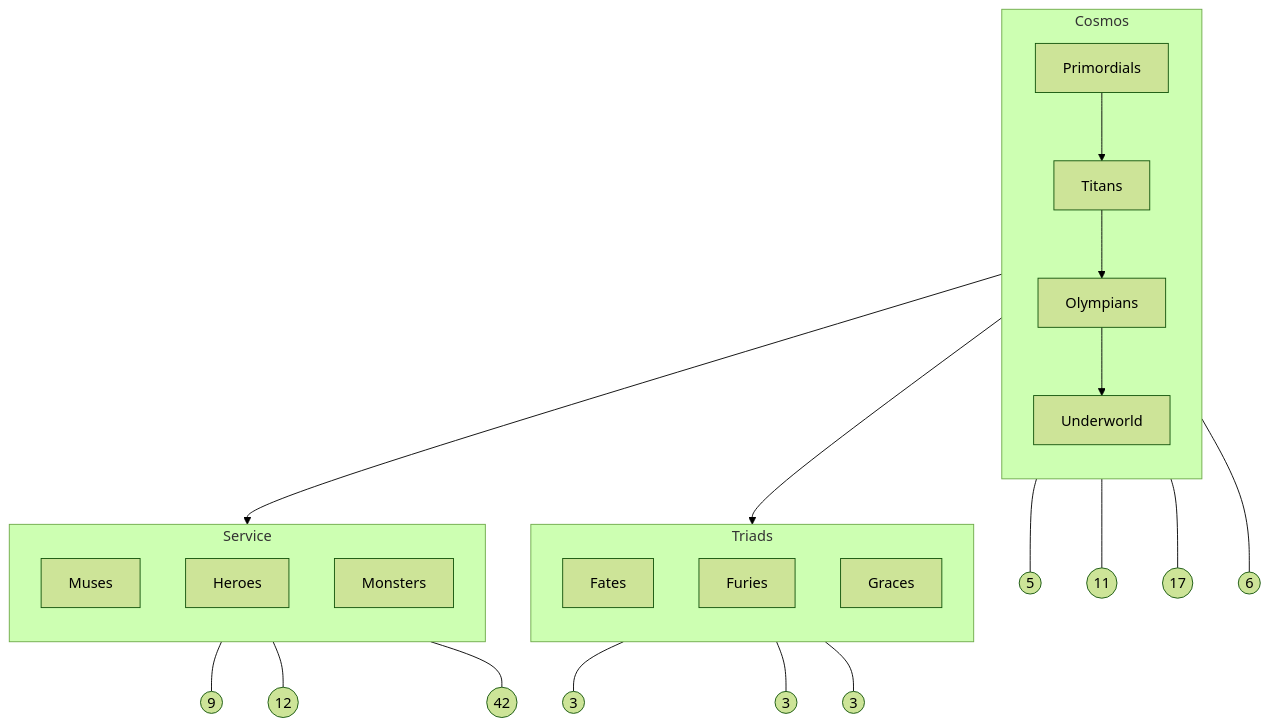
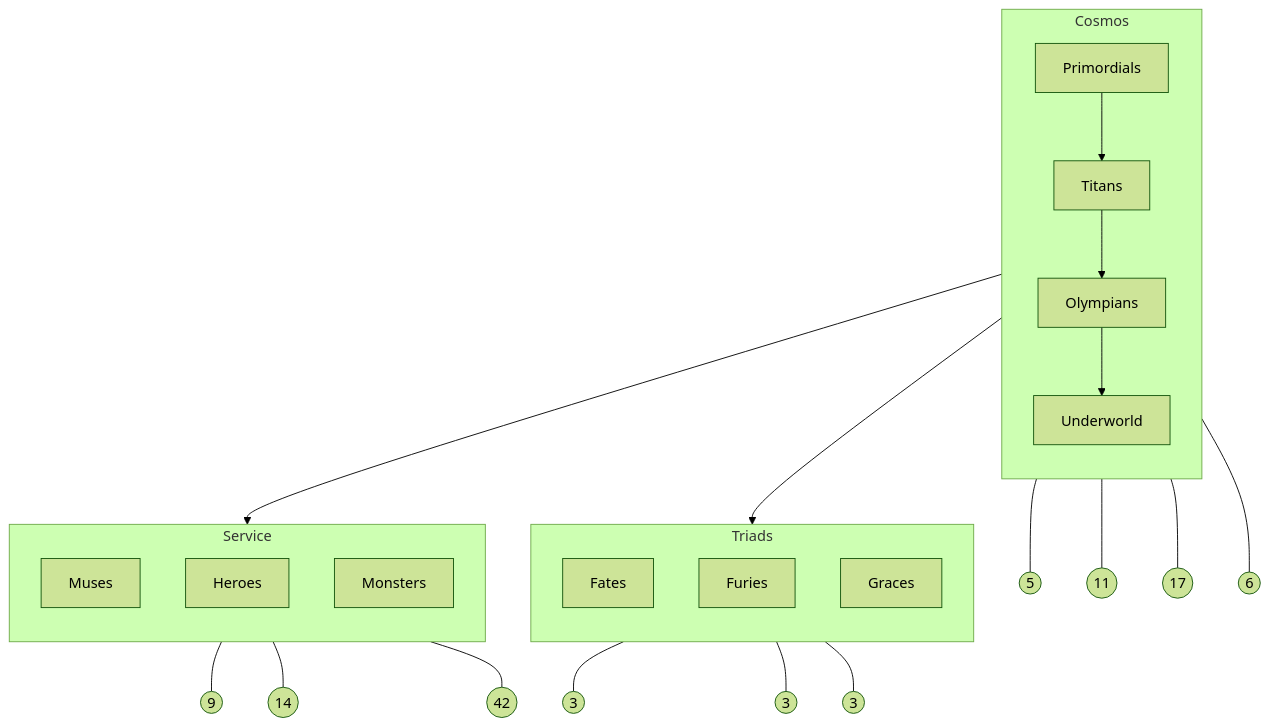
Before and after one commit to EgorKhaklin/olympus-ai: the second of 2 diagrams in codex/ARCHITECTURE.md, drawn with Mermaid (forest theme). The commit also changed other lines of this file and 29 other files, not shown here.

````diff
--- a/codex/ARCHITECTURE.md
+++ b/codex/ARCHITECTURE.md
@@ -129,42 +129,42 @@
 ```mermaid
 %% Tier map — generated by Daedalus.
 flowchart TB
 
     subgraph Cosmos
         direction TB
         Primordials[Primordials]
         Titans[Titans]
         Olympians[Olympians]
         Underworld[Underworld]
     end
 
     subgraph Triads
         direction TB
         Fates[Fates]
         Furies[Furies]
         Graces[Graces]
     end
 
     subgraph Service
         direction TB
         Muses[Muses]
         Heroes[Heroes]
         Monsters[Monsters]
     end
 
     Primordials --> Titans --> Olympians
     Olympians --> Underworld
     Olympians --> Triads
     Olympians --> Service
 
     Primordials --- PrimordialsCount((5))
     Titans --- TitansCount((11))
     Olympians --- OlympiansCount((17))
     Underworld --- UnderworldCount((6))
     Fates --- FatesCount((3))
     Furies --- FuriesCount((3))
     Graces --- GracesCount((3))
     Muses --- MusesCount((9))
-    Heroes --- HeroesCount((12))
+    Heroes --- HeroesCount((14))
     Monsters --- MonstersCount((42))
 ```
````
